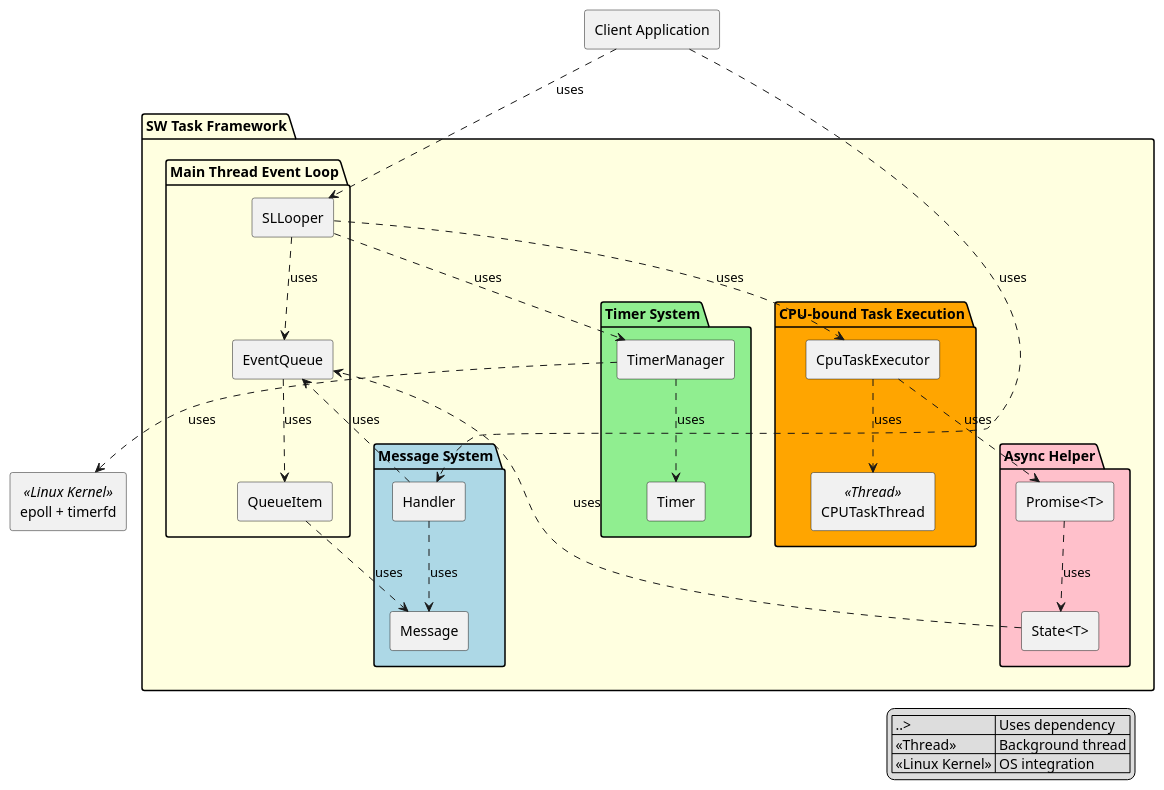
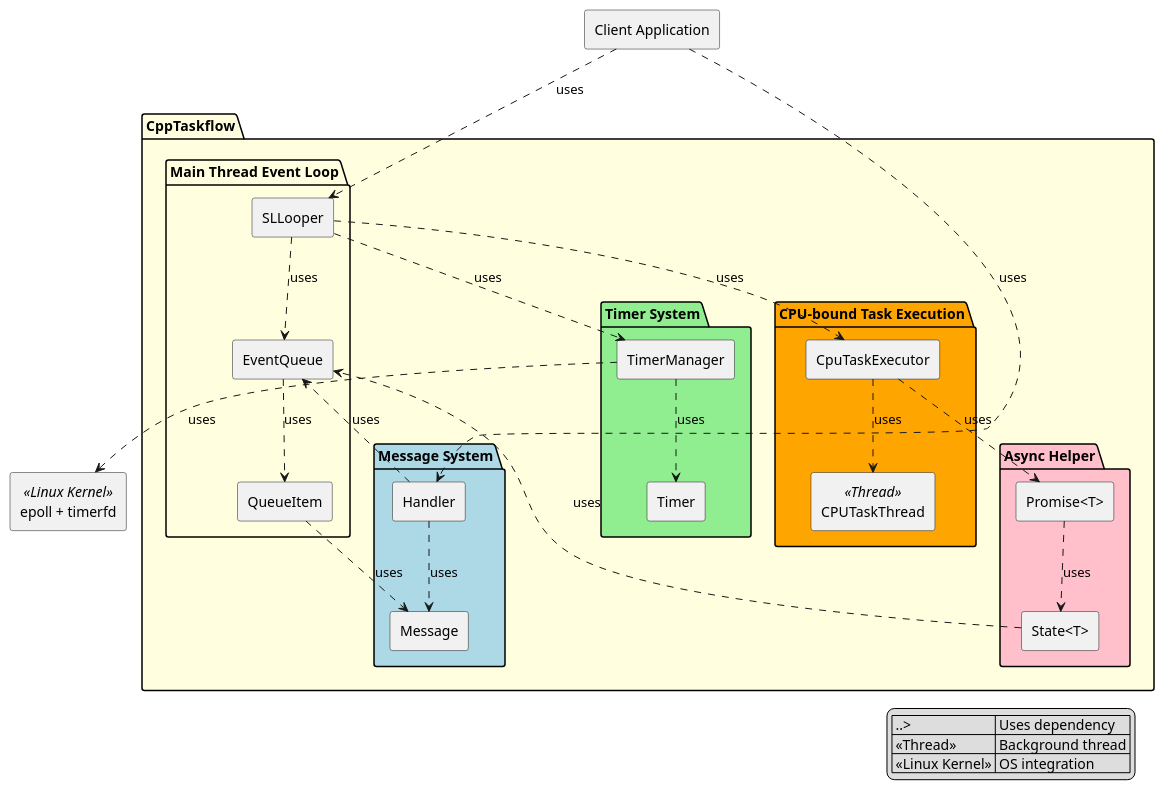
The diagram in doc/design/static_module_view.puml (taikt/sw_task), drawn with PlantUML before and after one commit. The commit also changed 16 other files, not shown here.

```diff
--- a/doc/design/static_module_view.puml
+++ b/doc/design/static_module_view.puml
@@ -2,68 +2,68 @@
 @startuml
 
 rectangle "Client Application" as Client 
 rectangle "epoll + timerfd" as EpollFd <<Linux Kernel>>
 
-package "SW Task Framework" #LightYellow {
+package "CppTaskflow" #LightYellow {
     
     package "Main Thread Event Loop" {
         rectangle "SLLooper" as Looper
         rectangle "EventQueue" as Queue
         rectangle "QueueItem" as QueueItem
     }
     
     package "Message System" #LightBlue {
         rectangle "Handler" as Handler
         rectangle "Message" as Message
     }
     
     package "Timer System" #LightGreen {
         rectangle "TimerManager" as TimerMgr
         rectangle "Timer" as Timer
     }
     
     package "CPU-bound Task Execution" #Orange {
         rectangle "CpuTaskExecutor" as CpuExec
         rectangle "CPUTaskThread" as AsyncWorker <<Thread>>
     }
     
     package "Async Helper" #Pink {
         rectangle "Promise<T>" as PromiseMgr
         rectangle "State<T>" as StateMgr
     }
 }
 
 ' Pure "uses" dependencies only
 Client ..> Looper : uses
 Client ..> Handler : uses
 
 Looper ..> Queue : uses
 Looper ..> TimerMgr : uses
 Looper ..> CpuExec : uses
 
 Queue ..> QueueItem : uses
 
 QueueItem ..> Message : uses
 
 Handler ..> Message : uses
 Handler ..> Queue : uses
 
 TimerMgr ..> Timer : uses
 TimerMgr ..> EpollFd : uses
 
 CpuExec ..> PromiseMgr : uses
 CpuExec ..> AsyncWorker : uses
 
 PromiseMgr ..> StateMgr : uses
 StateMgr ..> Queue : uses
 
 ' Legend
 legend right
     | ..> | Uses dependency |
     | <<Thread>> | Background thread |
     | <<Linux Kernel>> | OS integration |
 endlegend
 
 
 
 @enduml
```
